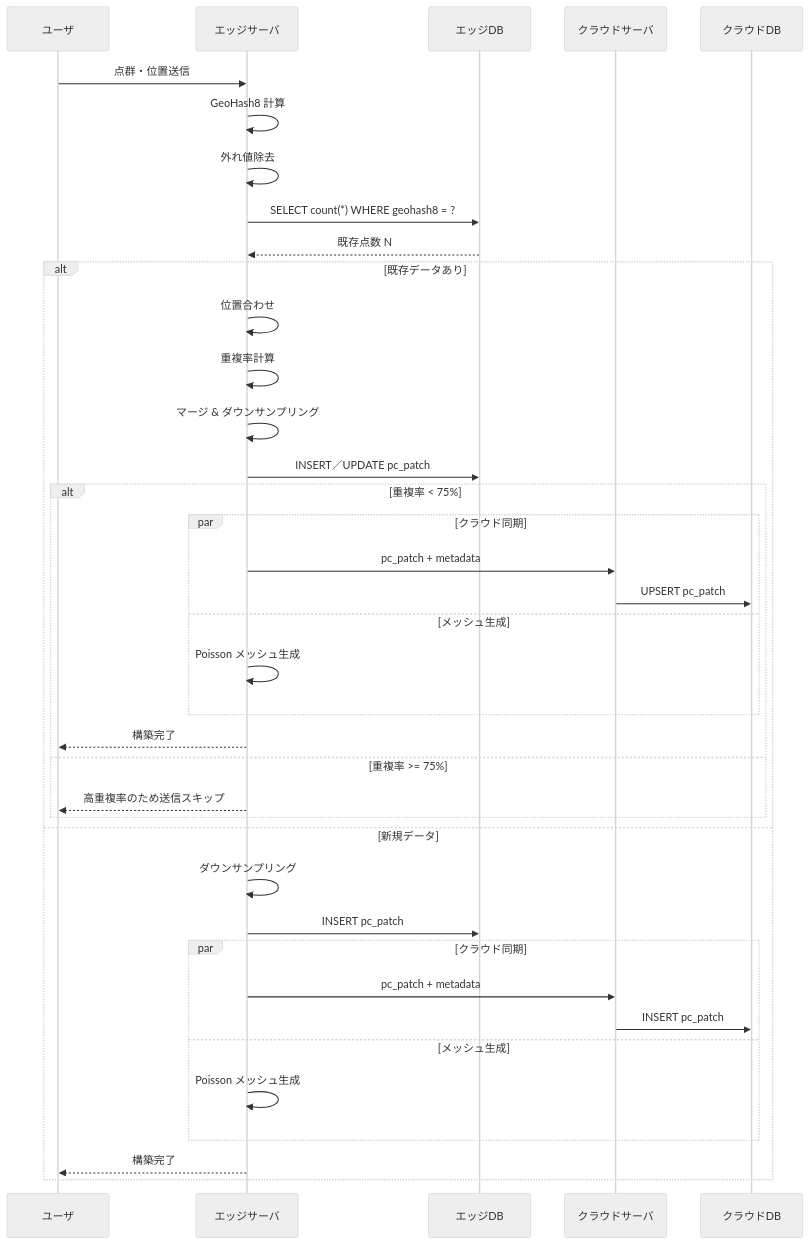
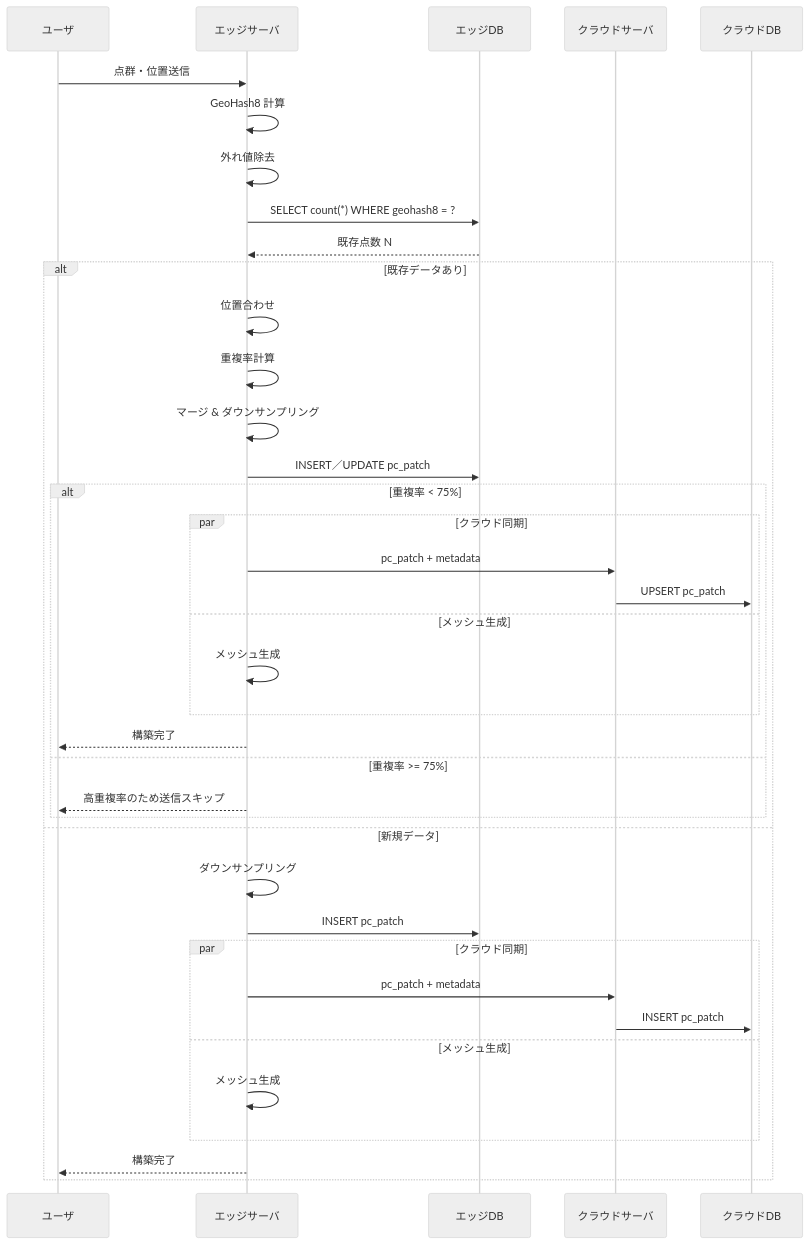
The diagram in system-design/detail-construction.md (yoyo1025/laboratory), drawn with Mermaid (neutral theme) before and after one commit.

Commit message:
del: poisson

````diff
--- a/system-design/detail-construction.md
+++ b/system-design/detail-construction.md
@@ -1,45 +1,45 @@
 ```mermaid
 sequenceDiagram
     participant User        as ユーザ
     participant EdgeSrv    as エッジサーバ
     participant EdgeDB      as エッジDB
     participant CloudSrv    as クラウドサーバ
     participant CloudDB     as クラウドDB
 
     User->>EdgeSrv: 点群・位置送信
 
     EdgeSrv->>EdgeSrv: GeoHash8 計算
     EdgeSrv->>EdgeSrv: 外れ値除去
 
     EdgeSrv->>EdgeDB: SELECT count(*) WHERE geohash8 = ?
     EdgeDB-->>EdgeSrv: 既存点数 N
 
     alt 既存データあり
         EdgeSrv->>EdgeSrv: 位置合わせ
         EdgeSrv->>EdgeSrv: 重複率計算
         EdgeSrv->>EdgeSrv: マージ & ダウンサンプリング
         EdgeSrv->>EdgeDB: INSERT／UPDATE pc_patch
 
         alt 重複率 < 75%
             par クラウド同期
                 EdgeSrv->>CloudSrv: pc_patch + metadata
                 CloudSrv->>CloudDB: UPSERT pc_patch
             and メッシュ生成
-                EdgeSrv->>EdgeSrv: Poisson メッシュ生成
+                EdgeSrv->>EdgeSrv: メッシュ生成
             end
             EdgeSrv-->>User: 構築完了
         else 重複率 >= 75%
             EdgeSrv-->>User: 高重複率のため送信スキップ
         end
     else 新規データ
         EdgeSrv->>EdgeSrv: ダウンサンプリング
         EdgeSrv->>EdgeDB: INSERT pc_patch
          par クラウド同期
                 EdgeSrv->>CloudSrv: pc_patch + metadata
                 CloudSrv->>CloudDB: INSERT pc_patch
             and メッシュ生成
-                EdgeSrv->>EdgeSrv: Poisson メッシュ生成
+                EdgeSrv->>EdgeSrv: メッシュ生成
             end
         EdgeSrv-->>User: 構築完了
     end
 ```
````
